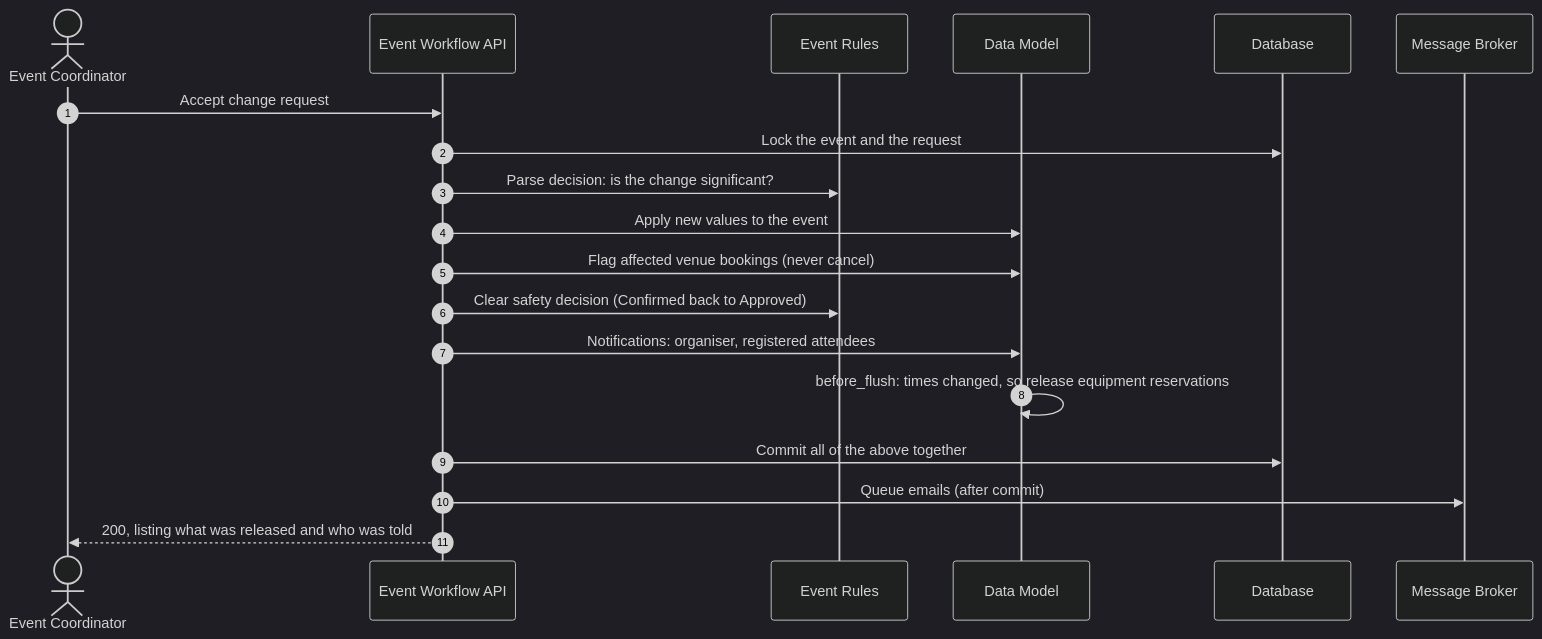
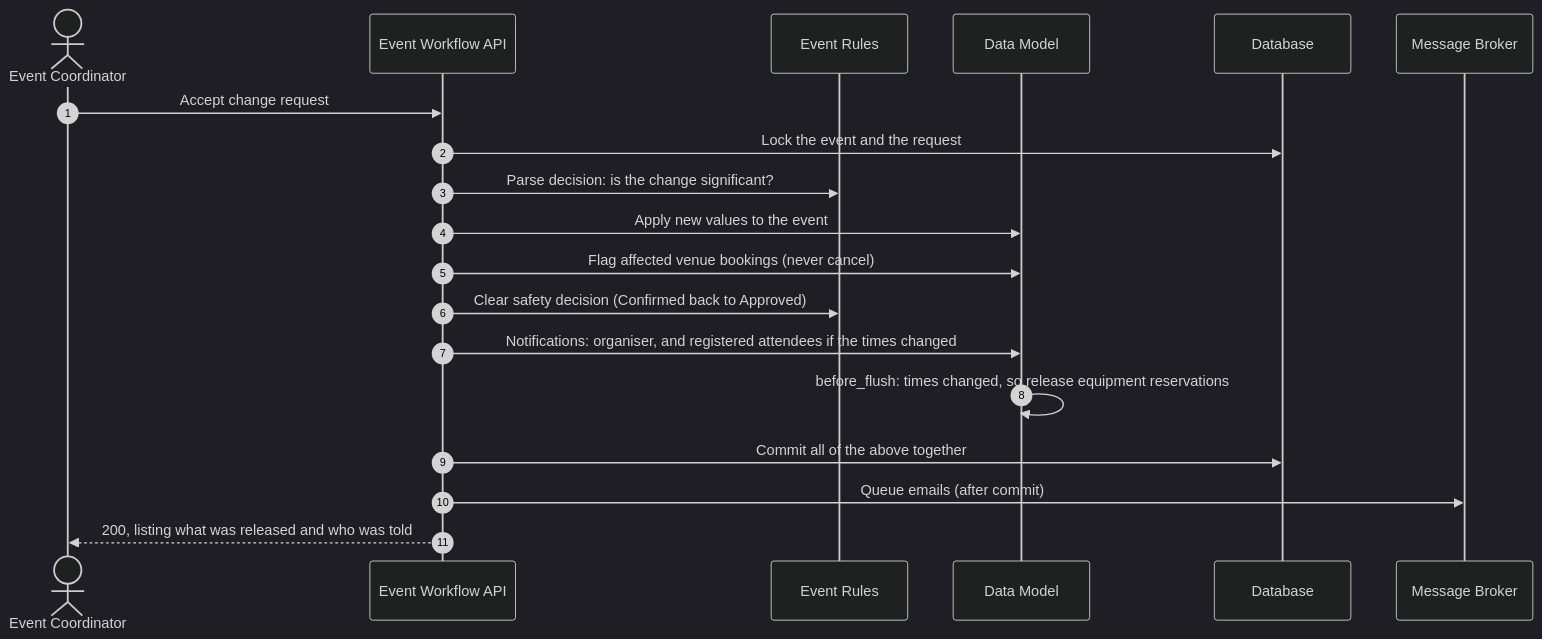
Before and after one commit to jialeeeee/TrueAdams: the diagram in C4 diagrams/c4-seq-change-acceptance.mmd, drawn with Mermaid (dark theme). The commit also changed 1 other file, not shown here.

Commit message:
docs: Draw every C3 dependency; notify attendees only when times change
The C3 view now shows the Notifications API, Equipment Stock and Timed Jobs
reaching the Data Model, Timed Jobs queuing emails and reusing the confirmation
check, and the Registration API checking roles. The change-acceptance sequence
notifies registered attendees only when the times change, as decide_change_request does.

Claude-Session: https://claude.ai/code/session_01XqQhXwuipkTVg4x19WS5oz

```diff
--- a/C4 diagrams/c4-seq-change-acceptance.mmd
+++ b/C4 diagrams/c4-seq-change-acceptance.mmd
@@ -1,22 +1,22 @@
 %% C4 level 4 (code): UML sequence diagram of accepting a significant change request
 %% (SCRUM-70 AC10-AC11, SCRUM-44 A10). backend/app/events/routes.py: decide_change_request.
 sequenceDiagram
     autonumber
     actor COORD as Event Coordinator
     participant API as Event Workflow API
     participant RULES as Event Rules
     participant DM as Data Model
     participant DB as Database
     participant MQ as Message Broker
 
     COORD->>API: Accept change request
     API->>DB: Lock the event and the request
     API->>RULES: Parse decision: is the change significant?
     API->>DM: Apply new values to the event
     API->>DM: Flag affected venue bookings (never cancel)
     API->>RULES: Clear safety decision (Confirmed back to Approved)
-    API->>DM: Notifications: organiser, registered attendees
+    API->>DM: Notifications: organiser, and registered attendees if the times changed
     DM->>DM: before_flush: times changed, so release equipment reservations
     API->>DB: Commit all of the above together
     API->>MQ: Queue emails (after commit)
     API-->>COORD: 200, listing what was released and who was told
```
